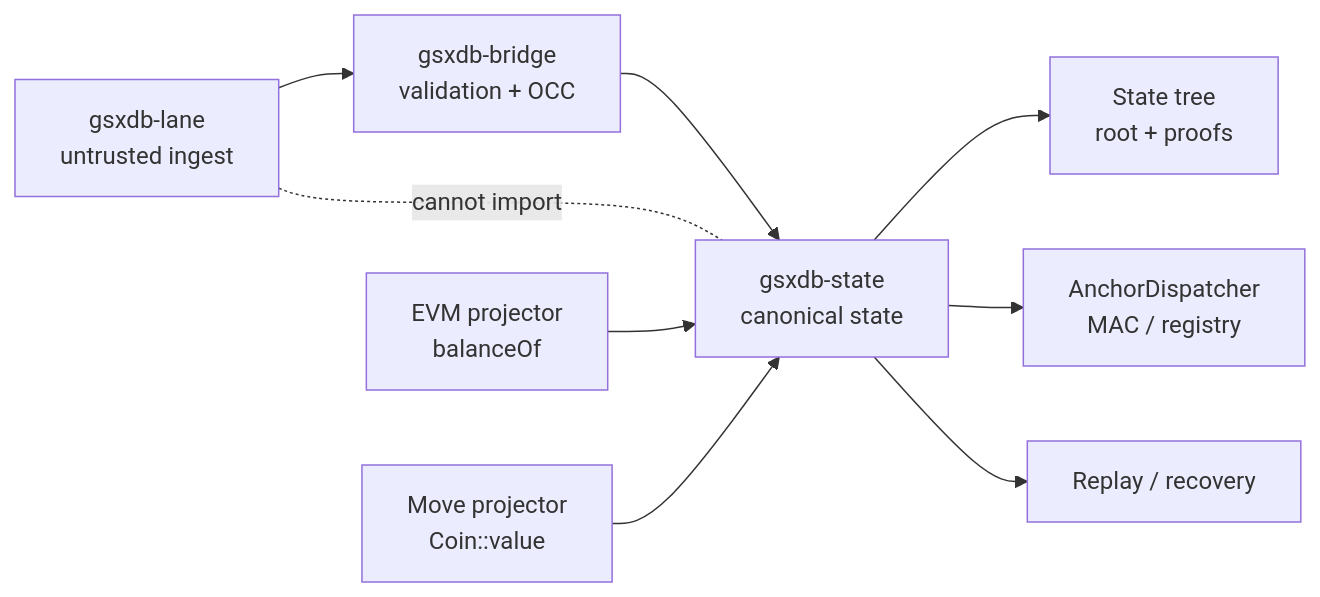
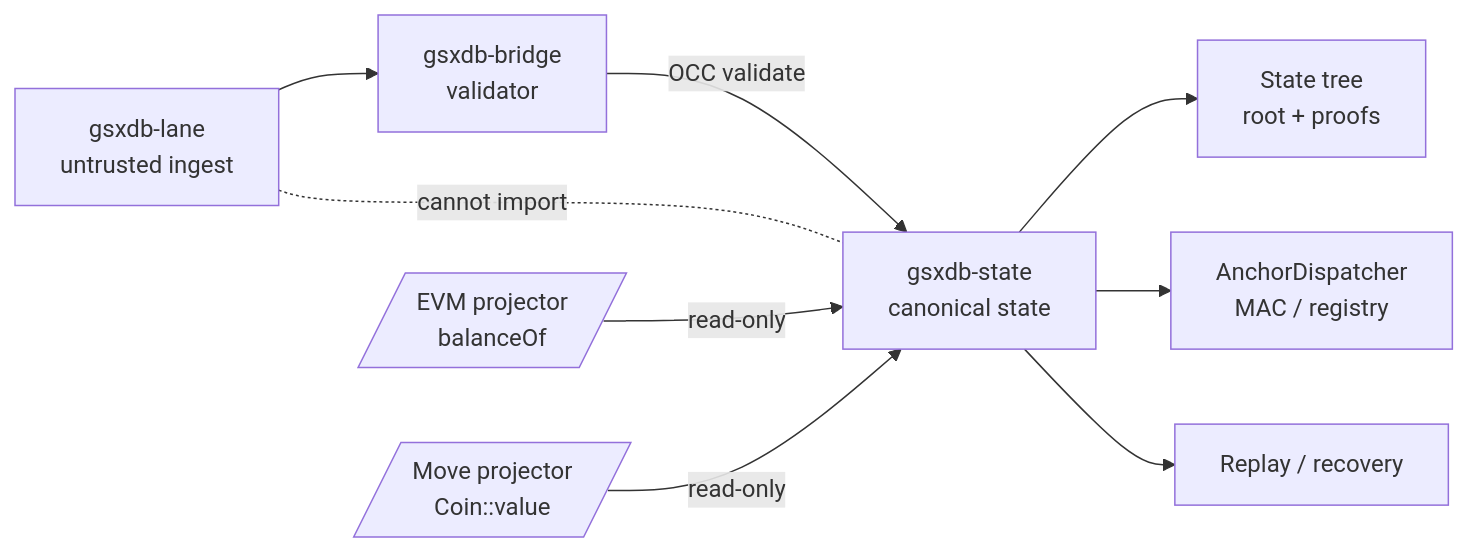
One commit to nanofaxcopy/suwappu-lattice-protocol changed the diagram in docs/visuals/mermaid/gsx-db.md. Above: the diagram before and after it, drawn with Mermaid. The commit also changed 10 other files, not shown here.

````diff
--- a/docs/visuals/mermaid/gsx-db.md
+++ b/docs/visuals/mermaid/gsx-db.md
@@ -3,18 +3,11 @@
 ```mermaid
 flowchart LR
-  Lane[gsxdb-lane
-untrusted ingest] --> Bridge[gsxdb-bridge
-validation + OCC]
-  Bridge --> State[gsxdb-state
-canonical state]
+  Lane[gsxdb-lane<br/>untrusted ingest] --> Bridge[gsxdb-bridge<br/>validator]
+  Bridge -->|OCC validate| State[gsxdb-state<br/>canonical state]
   Lane -. cannot import .- State
-  State --> Tree[State tree
-root + proofs]
-  State --> Anchor[AnchorDispatcher
-MAC / registry]
+  State --> Tree[State tree<br/>root + proofs]
+  State --> Anchor[AnchorDispatcher<br/>MAC / registry]
   State --> Replay[Replay / recovery]
-  Read1[EVM projector
-balanceOf] --> State
-  Read2[Move projector
-Coin::value] --> State
+  Read1[/EVM projector<br/>balanceOf/] -->|read-only| State
+  Read2[/Move projector<br/>Coin::value/] -->|read-only| State
 ```
````
